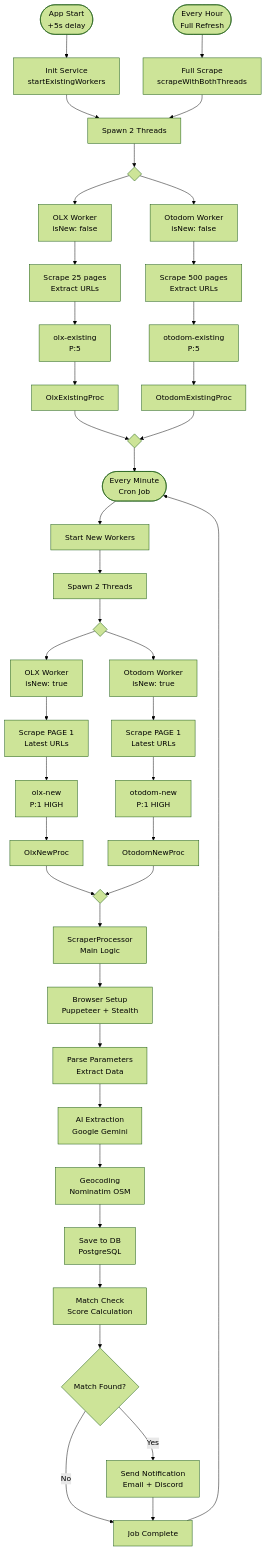
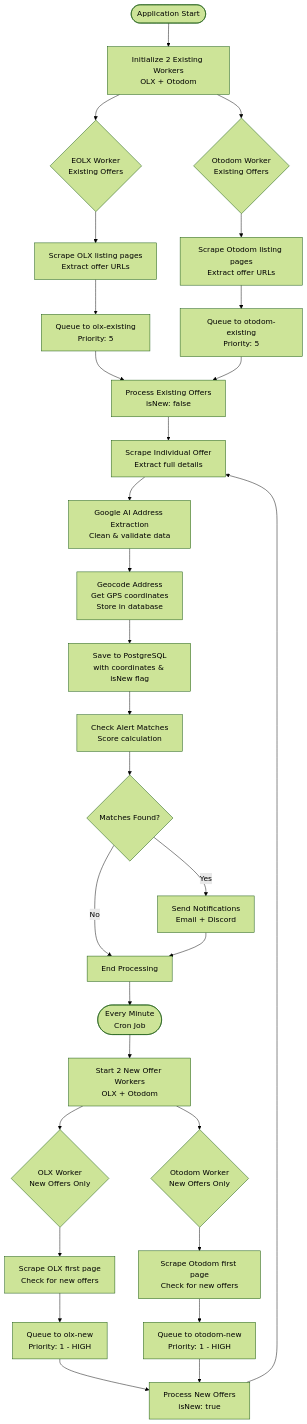
Before and after one commit to Mieszkaniownik/mieszkaniownik: the fifth of 8 diagrams in README.md, drawn with Mermaid (forest theme). The commit also changed other lines of this file and 3 other files, not shown here.

````diff
--- a/README.md
+++ b/README.md
@@ -315,61 +302,47 @@
 ```mermaid
-flowchart TB
-    START([App Start<br/>+5s delay])
-    START --> INIT[Init Service<br/>startExistingWorkers]
-    INIT --> SPAWN_EXIST[Spawn 2 Threads]
+flowchart TD
+    START([Application Start]) --> INIT_WORKERS[Initialize 2 Existing Workers<br/>OLX + Otodom]
 
-    SPAWN_EXIST --> SPLIT_EXIST{ }
-    SPLIT_EXIST --> OLX_EXIST[OLX Worker<br/>isNew: false]
-    SPLIT_EXIST --> OTDM_EXIST[Otodom Worker<br/>isNew: false]
+    INIT_WORKERS --> EOW_START{EOLX Worker<br/>Existing Offers}
+    INIT_WORKERS --> EOTW_START{Otodom Worker<br/>Existing Offers}
 
-    OLX_EXIST --> OLX_SCRAPE[Scrape 25 pages<br/>Extract URLs]
-    OTDM_EXIST --> OTDM_SCRAPE[Scrape 500 pages<br/>Extract URLs]
+    EOW_START --> EOW_SCRAPE[Scrape OLX listing pages<br/>Extract offer URLs]
+    EOTW_START --> EOTW_SCRAPE[Scrape Otodom listing pages<br/>Extract offer URLs]
 
-    OLX_SCRAPE --> OLX_Q[olx-existing<br/>P:5]
-    OTDM_SCRAPE --> OTDM_Q[otodom-existing<br/>P:5]
+    EOW_SCRAPE --> EOW_QUEUE[Queue to olx-existing<br/>Priority: 5]
+    EOTW_SCRAPE --> EOTW_QUEUE[Queue to otodom-existing<br/>Priority: 5]
 
-    OLX_Q --> OLX_PROC[OlxExistingProc]
-    OTDM_Q --> OTDM_PROC[OtodomExistingProc]
+    EOW_QUEUE --> PROCESS_EXISTING[Process Existing Offers<br/>isNew: false]
+    EOTW_QUEUE --> PROCESS_EXISTING
 
-    OLX_PROC --> MERGE_EXIST{ }
-    OTDM_PROC --> MERGE_EXIST
+    %% Cron job every minute
+    CRON_MINUTE([Every Minute<br/>Cron Job]) --> NEW_WORKERS[Start 2 New Offer Workers<br/>OLX + Otodom]
 
-    MERGE_EXIST --> CRON_MIN([Every Minute<br/>Cron Job])
-    CRON_MIN --> NEW_INIT[Start New Workers]
-    NEW_INIT --> SPAWN_NEW[Spawn 2 Threads]
+    NEW_WORKERS --> EOW_NEW{OLX Worker<br/>New Offers Only}
+    NEW_WORKERS --> EOTW_NEW{Otodom Worker<br/>New Offers Only}
 
-    SPAWN_NEW --> SPLIT_NEW{ }
-    SPLIT_NEW --> OLX_NEW[OLX Worker<br/>isNew: true]
-    SPLIT_NEW --> OTDM_NEW[Otodom Worker<br/>isNew: true]
+    EOW_NEW --> EOW_NEW_SCRAPE[Scrape OLX first page<br/>Check for new offers]
+    EOTW_NEW --> EOTW_NEW_SCRAPE[Scrape Otodom first page<br/>Check for new offers]
 
-    OLX_NEW --> OLX_NEW_SCRAPE[Scrape PAGE 1<br/>Latest URLs]
-    OTDM_NEW --> OTDM_NEW_SCRAPE[Scrape PAGE 1<br/>Latest URLs]
+    EOW_NEW_SCRAPE --> EOW_NEW_QUEUE[Queue to olx-new<br/>Priority: 1 - HIGH]
+    EOTW_NEW_SCRAPE --> EOTW_NEW_QUEUE[Queue to otodom-new<br/>Priority: 1 - HIGH]
 
-    OLX_NEW_SCRAPE --> OLX_NEW_Q[olx-new<br/>P:1 HIGH]
-    OTDM_NEW_SCRAPE --> OTDM_NEW_Q[otodom-new<br/>P:1 HIGH]
+    EOW_NEW_QUEUE --> PROCESS_NEW[Process New Offers<br/>isNew: true]
+    EOTW_NEW_QUEUE --> PROCESS_NEW
 
-    OLX_NEW_Q --> OLX_NEW_PROC[OlxNewProc]
-    OTDM_NEW_Q --> OTDM_NEW_PROC[OtodomNewProc]
+    %% Processing flow
+    PROCESS_EXISTING --> SCRAPE_DETAILS[Scrape Individual Offer<br/>Extract full details]
+    PROCESS_NEW --> SCRAPE_DETAILS
 
-    OLX_NEW_PROC --> MERGE_NEW{ }
-    OTDM_NEW_PROC --> MERGE_NEW
+    SCRAPE_DETAILS --> AI_EXTRACT[Google AI Address Extraction<br/>Clean & validate data]
+    AI_EXTRACT --> GEOCODE[Geocode Address<br/>Get GPS coordinates<br/>Store in database]
+    GEOCODE --> SAVE_DB[Save to PostgreSQL<br/>with coordinates & isNew flag]
+    SAVE_DB --> MATCH_CHECK[Check Alert Matches<br/>Score calculation]
+    MATCH_CHECK --> NOTIFY{Matches Found?}
 
-    MERGE_NEW --> MAIN_PROC[ScraperProcessor<br/>Main Logic]
+    NOTIFY -->|Yes| SEND_NOTIFICATIONS[Send Notifications<br/>Email + Discord]
+    NOTIFY -->|No| END_PROCESS[End Processing]
+    SEND_NOTIFICATIONS --> END_PROCESS
 
-    MAIN_PROC --> BROWSER[Browser Setup<br/>Puppeteer + Stealth]
-    BROWSER --> PARSE[Parse Parameters<br/>Extract Data]
-    PARSE --> AI[AI Extraction<br/>Google Gemini]
-    AI --> GEO[Geocoding<br/>Nominatim OSM]
-    GEO --> SAVE[Save to DB<br/>PostgreSQL]
-    SAVE --> MATCH[Match Check<br/>Score Calculation]
-    MATCH --> DECISION{Match Found?}
-
-    DECISION -->|Yes| NOTIFY[Send Notification<br/>Email + Discord]
-    DECISION -->|No| END[Job Complete]
-    NOTIFY --> END
-
-    CRON_HOUR([Every Hour<br/>Full Refresh])
-    CRON_HOUR --> FULL[Full Scrape<br/>scrapeWithBothThreads]
-    FULL --> SPAWN_EXIST
-    END --> CRON_MIN
+    END_PROCESS --> CRON_MINUTE
 ```
````
